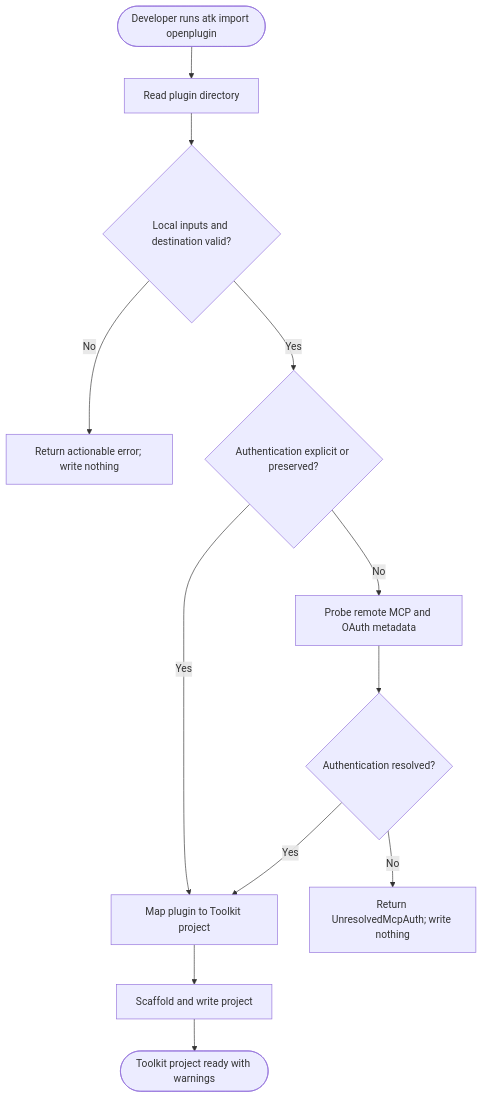
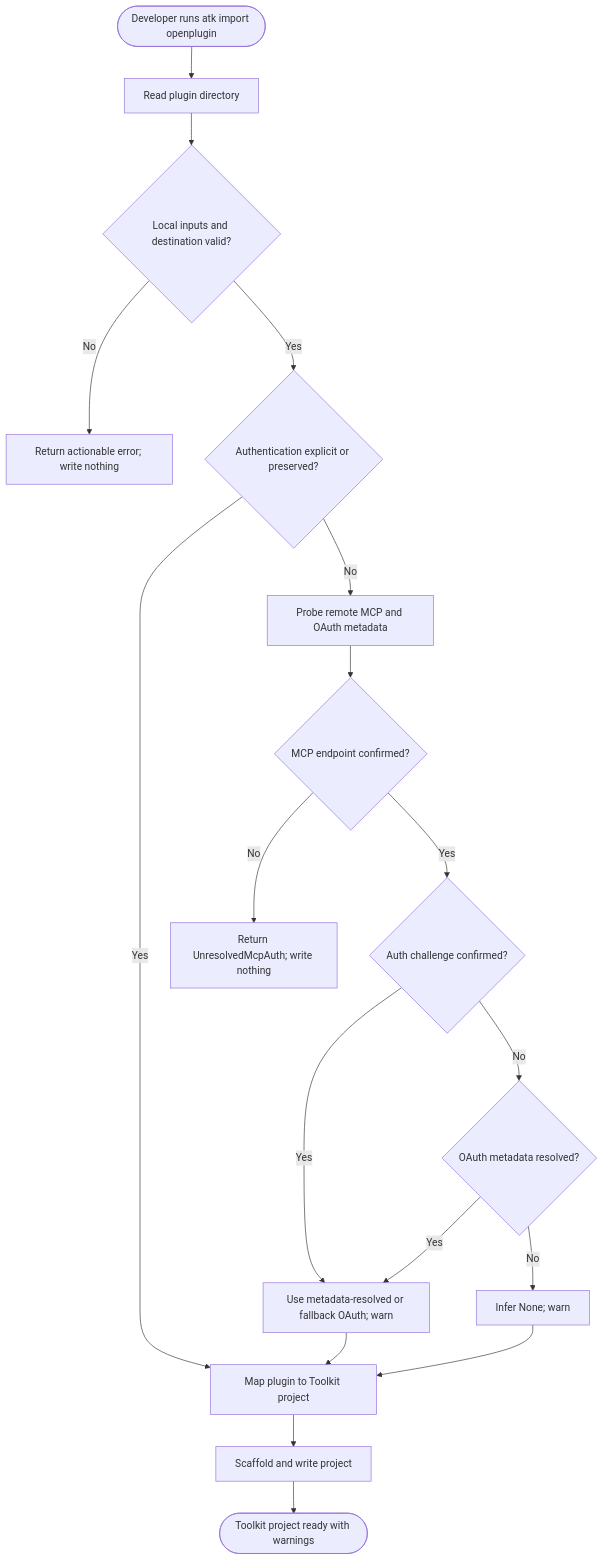
One commit to OfficeDev/Teams-Toolkit changed the diagram in docs/01-product/scenarios/toolkit/import-open-plugin.md. Above: the diagram before and after it, drawn with Mermaid. The commit also changed other lines of this file and 6 other files, not shown here.

Commit message:
fix(fx-core): fallback to OAuth for auth challenges

````diff
--- a/docs/01-product/scenarios/toolkit/import-open-plugin.md
+++ b/docs/01-product/scenarios/toolkit/import-open-plugin.md
@@ -55,14 +57,20 @@
 ```mermaid
 flowchart TD
   Start([Developer runs atk import openplugin]) --> Read[Read plugin directory]
   Read --> Validate{Local inputs and destination valid?}
   Validate -- No --> LocalError[Return actionable error; write nothing]
   Validate -- Yes --> Auth{Authentication explicit or preserved?}
   Auth -- Yes --> Map[Map plugin to Toolkit project]
   Auth -- No --> Discover[Probe remote MCP and OAuth metadata]
-  Discover --> Resolved{Authentication resolved?}
-  Resolved -- No --> AuthError[Return UnresolvedMcpAuth; write nothing]
-  Resolved -- Yes --> Map
+  Discover --> Endpoint{MCP endpoint confirmed?}
+  Endpoint -- No --> AuthError[Return UnresolvedMcpAuth; write nothing]
+  Endpoint -- Yes --> Challenge{Auth challenge confirmed?}
+  Challenge -- Yes --> OAuth[Use metadata-resolved or fallback OAuth; warn]
+  Challenge -- No --> Metadata{OAuth metadata resolved?}
+  Metadata -- Yes --> OAuth
+  Metadata -- No --> None[Infer None; warn]
+  OAuth --> Map
+  None --> Map
   Map --> Scaffold[Scaffold and write project]
   Scaffold --> Done([Toolkit project ready with warnings])
 ```
````
